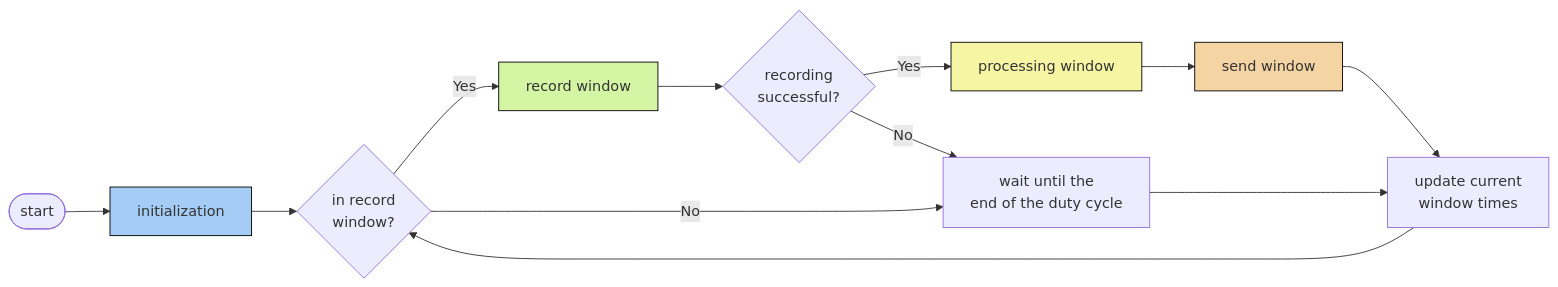
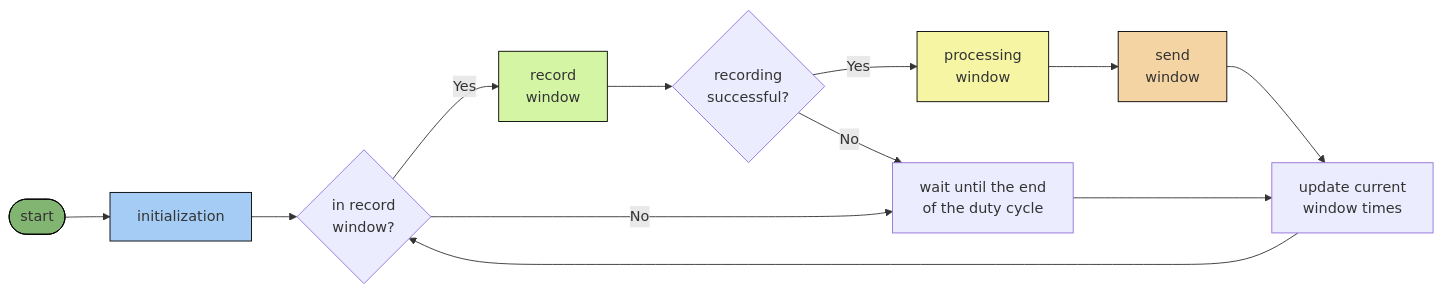
Before and after one commit to SASlabgroup/microSWIFT: the third of 7 diagrams in doc/Design.md, drawn with Mermaid. The commit also changed other lines of this file, not shown here.

Commit message:
updates main process flow

````diff
--- a/doc/Design.md
+++ b/doc/Design.md
@@ -114,27 +114,29 @@
 ```mermaid
 flowchart LR
     start([start])--> initialization
     initialization --> in_record{"in record<br/>window?"};
     
-    in_record-->|Yes| record_window["record window"]
+    in_record-->|Yes| record_window["record<br/>window"]
         record_window-->recording_successful{"recording<br/>successful?"};
-        recording_successful-->|Yes| processing_window["processing window"]
-        processing_window-->send_window["send window"]
+        recording_successful-->|Yes| processing_window["processing<br/>window"]
+        processing_window-->send_window["send<br/>window"]
         send_window-->update_times
         recording_successful-->|No| wait
 
-    in_record-->|No| wait["wait until the<br/>end of the duty cycle"]
+    in_record-->|No| wait["wait until the end<br/>of the duty cycle"]
         wait-->update_times["update current<br/>window times"]
     
     update_times-->in_record
 
     classDef blue fill:#a4ccf5,stroke:#000000,stroke-width:1px
     classDef green fill:#d4f5a4,stroke:#000000,stroke-width:1px
     classDef yellow fill:#f5f5a4,stroke:#000000,stroke-width:1px
     classDef orange fill:#f5d4a4,stroke:#000000,stroke-width:1px
+    classDef darkgreen fill:#82b572,stroke:#000000,stroke-width:1px
     class initialization blue
     class record_window green
     class processing_window yellow
     class send_window orange
+    class start darkgreen
 
 ```
````
